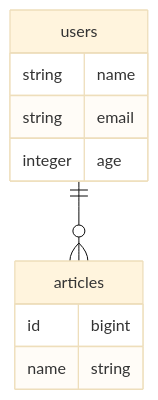
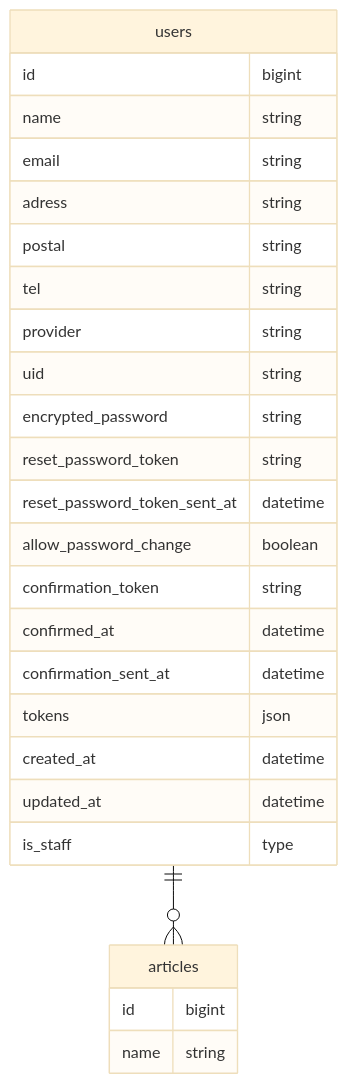
Before and after one commit to rtkjm22/homeCareNavi_2nd_API: the diagram in README.md, drawn with Mermaid (base theme).

````diff
--- a/README.md
+++ b/README.md
@@ -36,15 +36,31 @@
 ```mermaid
 erDiagram
     users ||--o{ articles: ""
 
 users {
-  string name
-  string email
-  integer age
+  id bigint
+  name string
+  email string
+  adress string
+  postal string
+  tel string
+  provider string
+  uid string
+  encrypted_password string
+  reset_password_token string
+  reset_password_token_sent_at datetime
+  allow_password_change boolean
+  confirmation_token string
+  confirmed_at datetime
+  confirmation_sent_at datetime
+  tokens json
+  created_at datetime
+  updated_at datetime
+  is_staff type
 }
 
 articles {
   id bigint
   name string
 }
 ```
````
